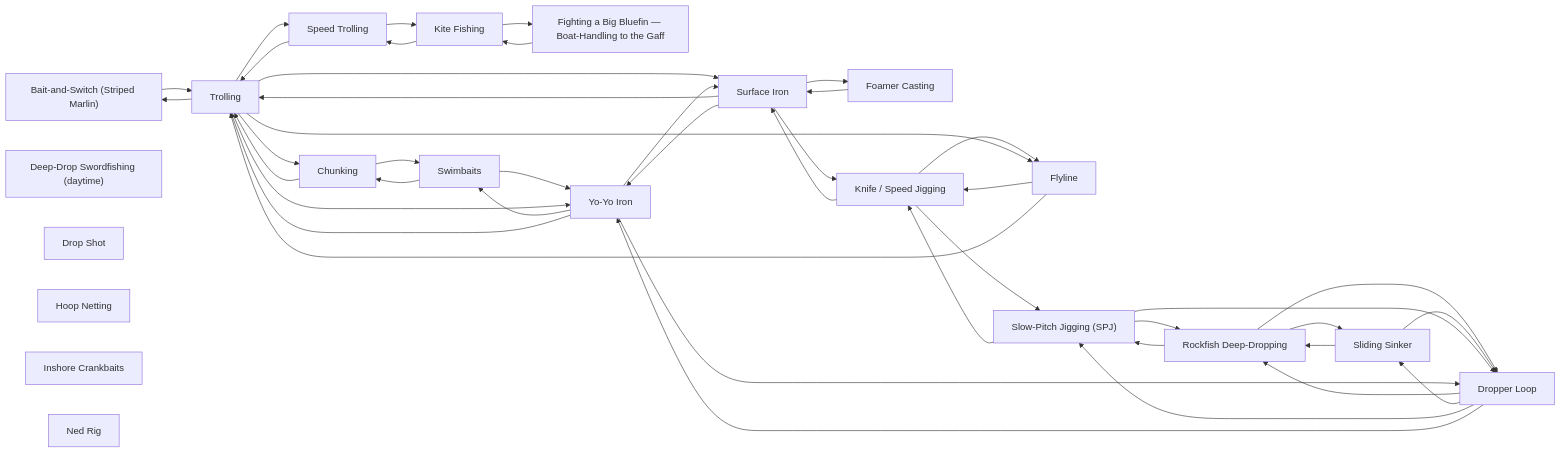
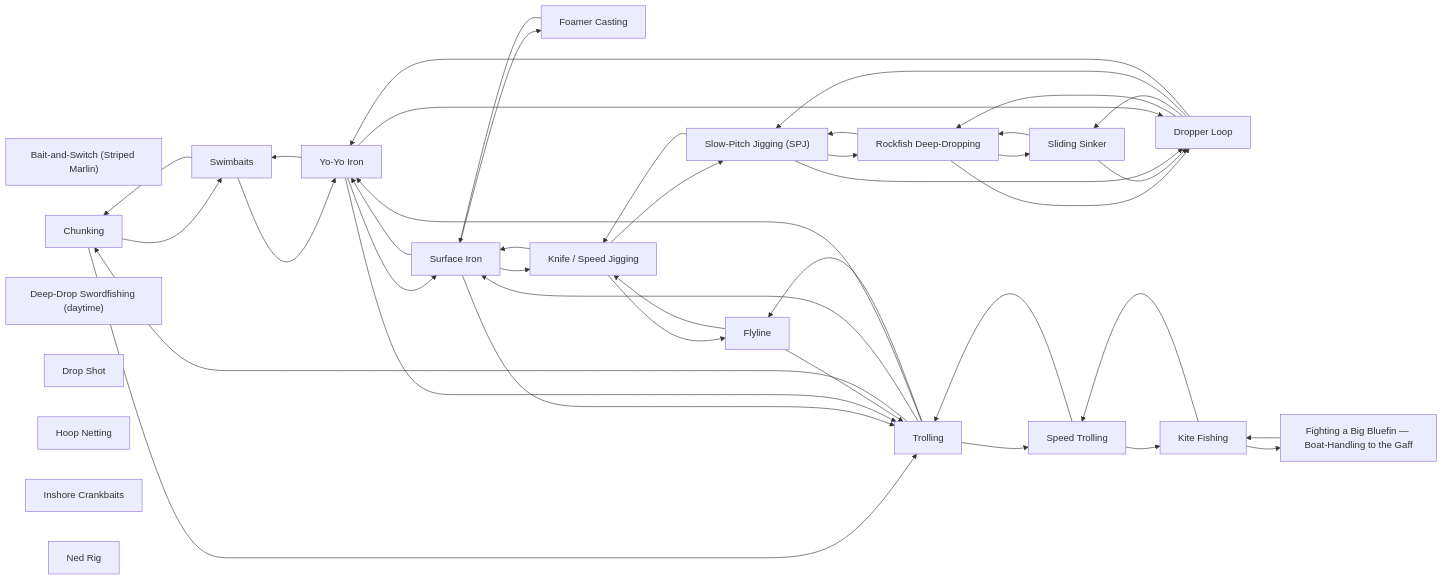
Before and after one commit to camchuckpete-max/Socal-Fishing-Knowledge: the diagram in techniques/README.md, drawn with Mermaid. The commit also changed other lines of this file and 4 other files, not shown here.

````diff
--- a/techniques/README.md
+++ b/techniques/README.md
@@ -34,66 +34,64 @@
 ```mermaid
 graph LR
   n0["Bait-and-Switch (Striped Marlin)"]
   n1["Chunking"]
   n2["Deep-Drop Swordfishing (daytime)"]
   n3["Drop Shot"]
   n4["Dropper Loop"]
   n5["Fighting a Big Bluefin — Boat-Handling to the Gaff"]
   n6["Flyline"]
   n7["Foamer Casting"]
   n8["Hoop Netting"]
   n9["Inshore Crankbaits"]
   n10["Kite Fishing"]
   n11["Knife / Speed Jigging"]
   n12["Ned Rig"]
   n13["Rockfish Deep-Dropping"]
   n14["Sliding Sinker"]
   n15["Slow-Pitch Jigging (SPJ)"]
   n16["Speed Trolling"]
   n17["Surface Iron"]
   n18["Swimbaits"]
   n19["Trolling"]
   n20["Yo-Yo Iron"]
-  n0 --> n19
   n1 --> n18
   n1 --> n19
   n10 --> n16
   n10 --> n5
   n11 --> n15
   n11 --> n17
   n11 --> n6
   n13 --> n14
   n13 --> n15
   n13 --> n4
   n14 --> n13
   n14 --> n4
   n15 --> n11
   n15 --> n13
   n15 --> n4
   n16 --> n10
   n16 --> n19
   n17 --> n11
   n17 --> n19
   n17 --> n20
   n17 --> n7
   n18 --> n1
   n18 --> n20
-  n19 --> n0
   n19 --> n1
   n19 --> n16
   n19 --> n17
   n19 --> n20
   n19 --> n6
   n20 --> n17
   n20 --> n18
   n20 --> n19
   n20 --> n4
   n4 --> n13
   n4 --> n14
   n4 --> n15
   n4 --> n20
   n5 --> n10
   n6 --> n11
   n6 --> n19
   n7 --> n17
 ```
````
